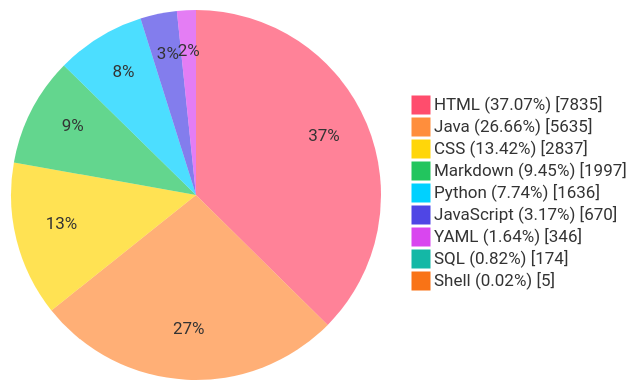
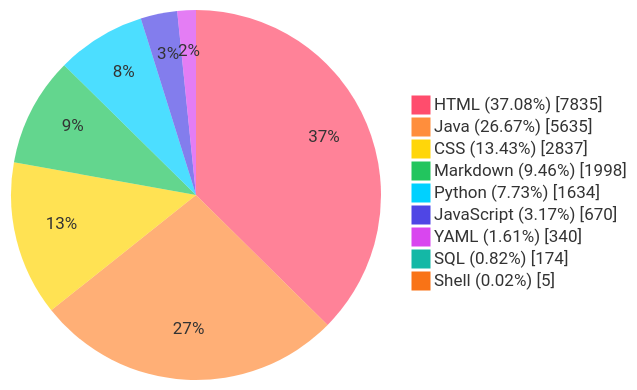
Before and after one commit to TheBadRoger/BUCT-Teaching-Aids: the diagram in README.md, drawn with Mermaid. The commit also changed other lines of this file and 2 other files, not shown here.

Commit message:
chore(stats): auto update README metrics

````diff
--- a/README.md
+++ b/README.md
@@ -37,28 +37,28 @@
 ```mermaid
 %%{init: {'theme':'base','themeVariables': {
   'fontFamily': 'Fira Code, JetBrains Mono, Source Code Pro, Cascadia Code, Menlo, Consolas, monospace',
   'pieStrokeColor': 'transparent',
   'pieStrokeWidth': '0px',
   'pieOuterStrokeWidth': '0px',
   'pie1': '#FF4D6D',
   'pie2': '#FF8E3C',
   'pie3': '#FFD60A',
   'pie4': '#22C55E',
   'pie5': '#00D1FF',
   'pie6': '#4F46E5',
   'pie7': '#D946EF',
   'pie8': '#14B8A6',
   'pie9': '#F97316',
   'pie10': '#A855F7'
 }}}%%
 pie showData
-    "HTML (37.07%)" : 7835
-    "Java (26.66%)" : 5635
-    "CSS (13.42%)" : 2837
-    "Markdown (9.45%)" : 1997
-    "Python (7.74%)" : 1636
+    "HTML (37.08%)" : 7835
+    "Java (26.67%)" : 5635
+    "CSS (13.43%)" : 2837
+    "Markdown (9.46%)" : 1998
+    "Python (7.73%)" : 1634
     "JavaScript (3.17%)" : 670
-    "YAML (1.64%)" : 346
+    "YAML (1.61%)" : 340
     "SQL (0.82%)" : 174
     "Shell (0.02%)" : 5
 ```
````
